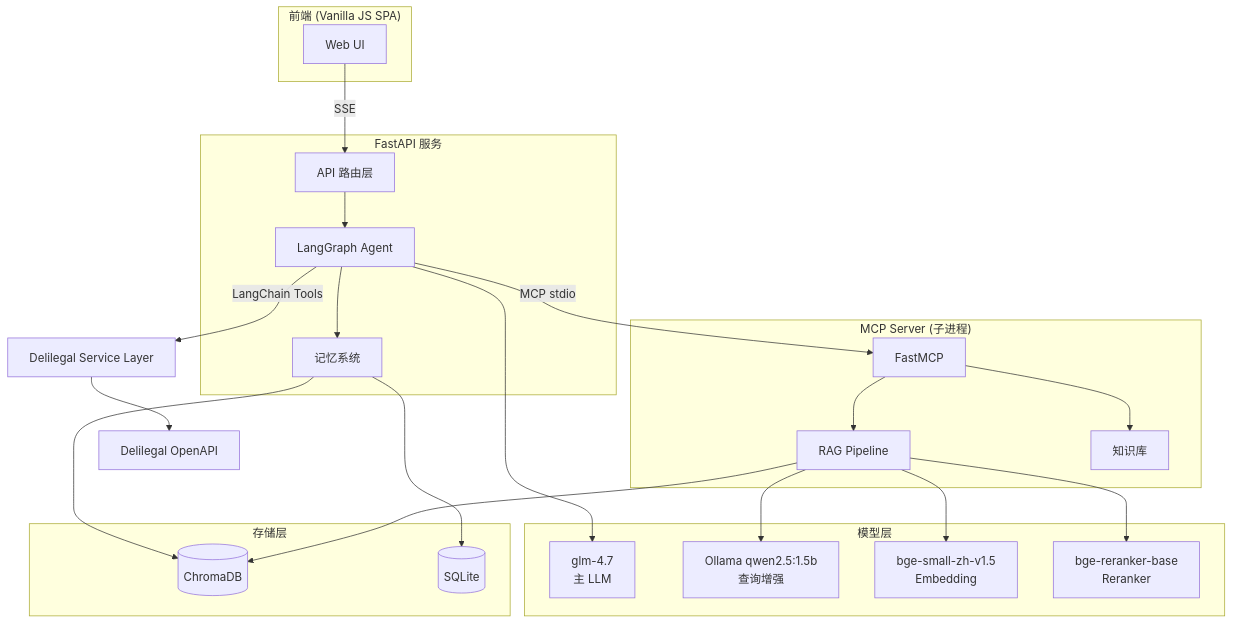
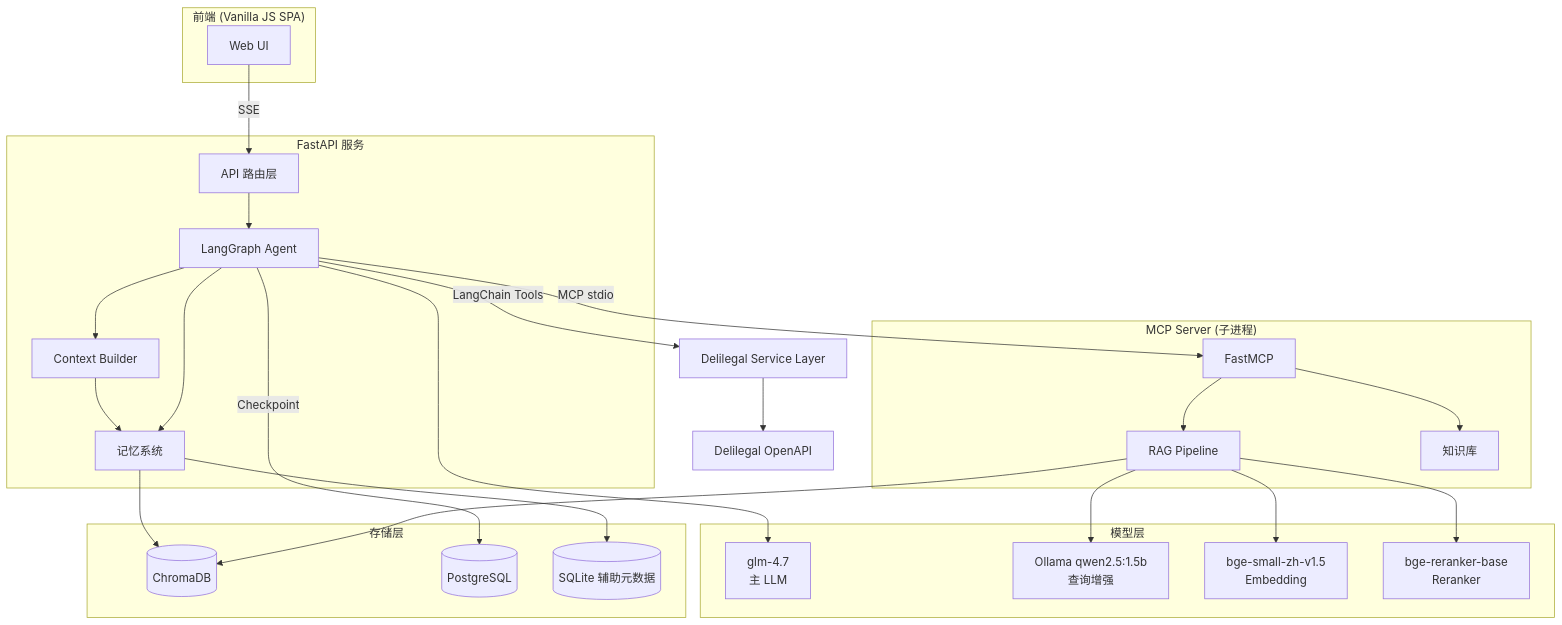
Before and after one commit to uuo00n/lexcore-legal-agent: the first of 2 diagrams in docs/guide/architecture.md, drawn with Mermaid. The commit also changed other lines of this file and 15 other files, not shown here.

````diff
--- a/docs/guide/architecture.md
+++ b/docs/guide/architecture.md
@@ -5,46 +5,51 @@
 ```mermaid
 graph TB
     subgraph Client["前端 (Vanilla JS SPA)"]
         UI[Web UI]
     end
 
     subgraph Server["FastAPI 服务"]
         API[API 路由层]
         LG[LangGraph Agent]
+        CTX[Context Builder]
         MEM[记忆系统]
     end
 
     subgraph MCP["MCP Server (子进程)"]
         MCPS[FastMCP]
         RAG[RAG Pipeline]
         KB[知识库]
     end
 
     subgraph Models["模型层"]
         DS[glm-4.7<br/>主 LLM]
         OL[Ollama qwen2.5:1.5b<br/>查询增强]
         EMB[bge-small-zh-v1.5<br/>Embedding]
         RR[bge-reranker-base<br/>Reranker]
     end
 
     subgraph Storage["存储层"]
         CHROMA[(ChromaDB)]
-        SQLITE[(SQLite)]
+        POSTGRES[(PostgreSQL)]
+        SQLITE[(SQLite 辅助元数据)]
     end
 
     UI -->|SSE| API
     API --> LG
+    LG --> CTX
+    CTX --> MEM
     LG -->|MCP stdio| MCPS
     LG --> MEM
     MCPS --> RAG
     MCPS --> KB
     LG -->|LangChain Tools| DELI[Delilegal Service Layer]
     DELI --> OPENAPI[Delilegal OpenAPI]
     RAG --> EMB
     RAG --> RR
     RAG --> OL
     LG --> DS
     MEM --> CHROMA
     MEM --> SQLITE
+    LG -->|Checkpoint| POSTGRES
     RAG --> CHROMA
 ```
````
